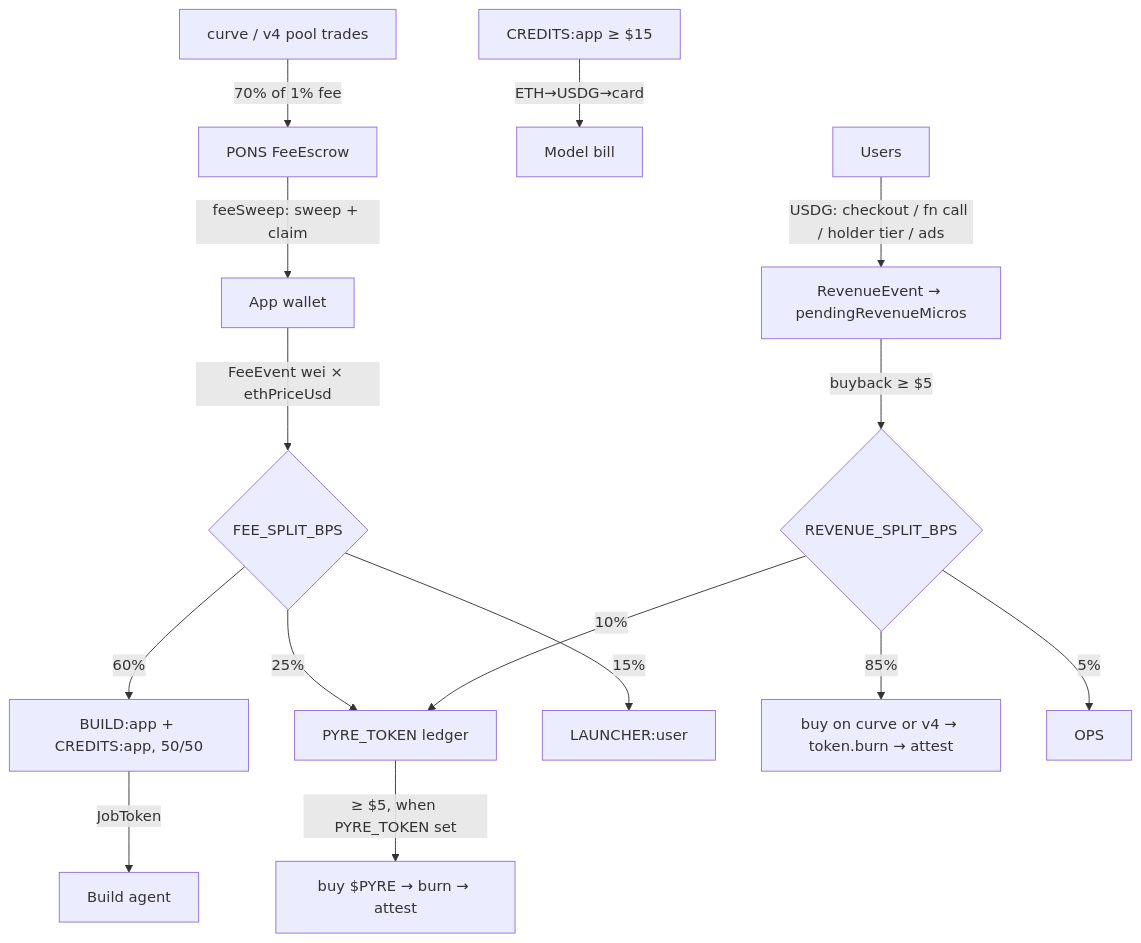
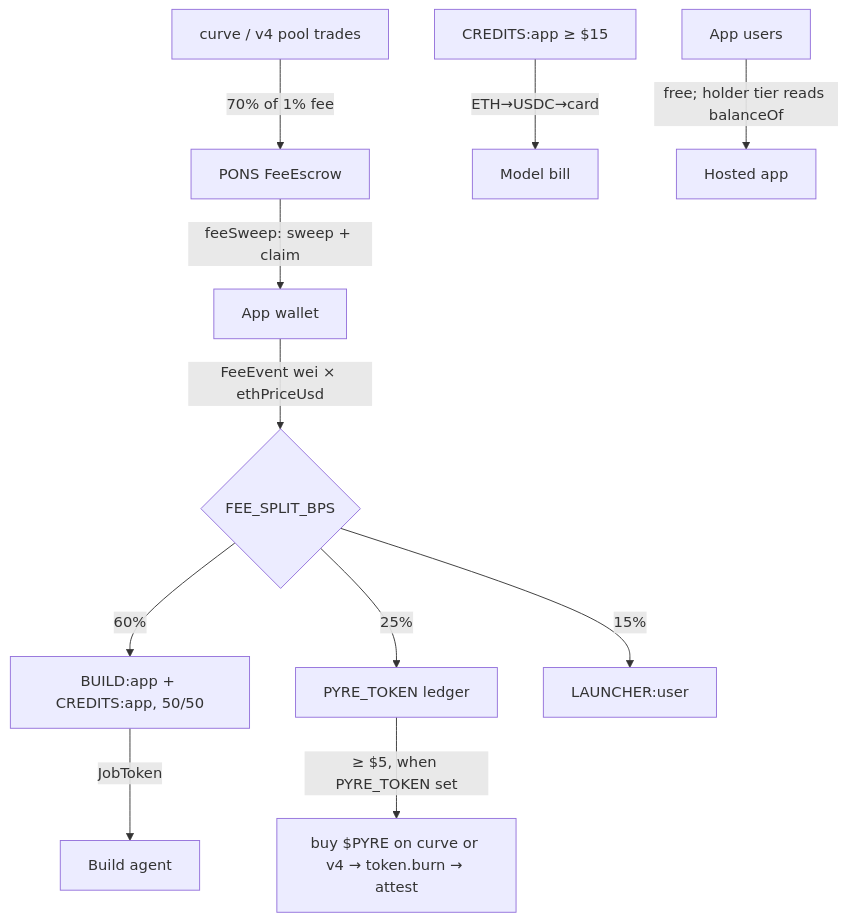
The third of 3 diagrams in docs/architecture.md (realdoomsman/pyre), drawn with Mermaid before and after one commit. The commit also changed other lines of this file and 175 other files, not shown here.

Commit message:
remove app revenue: apps are free, PYRE burns only; Pyre design system for built apps; /_pyre/coins live coin data for apps

````diff
--- a/docs/architecture.md
+++ b/docs/architecture.md
@@ -82,17 +82,13 @@
 ```mermaid
 flowchart TD
   Trades[curve / v4 pool trades] -->|70% of 1% fee| Escrow[PONS FeeEscrow]
   Escrow -->|feeSweep: sweep + claim| AW[App wallet]
   AW -->|FeeEvent wei × ethPriceUsd| Split{FEE_SPLIT_BPS}
   Split -->|60%| Build[BUILD:app + CREDITS:app, 50/50]
   Split -->|25%| PYRE[PYRE_TOKEN ledger]
   Split -->|15%| Launcher[LAUNCHER:user]
   Build -->|JobToken| Agent[Build agent]
-  CREDITS[CREDITS:app ≥ $15] -->|ETH→USDG→card| Model[Model bill]
-  Users -->|USDG: checkout / fn call / holder tier / ads| Rev[RevenueEvent → pendingRevenueMicros]
-  Rev -->|buyback ≥ $5| RSplit{REVENUE_SPLIT_BPS}
-  RSplit -->|85%| Burn[buy on curve or v4 → token.burn → attest]
-  RSplit -->|10%| PYRE
-  RSplit -->|5%| Ops[OPS]
-  PYRE -->|≥ $5, when PYRE_TOKEN set| PBurn[buy $PYRE → burn → attest]
+  CREDITS[CREDITS:app ≥ $15] -->|ETH→USDC→card| Model[Model bill]
+  Users[App users] -->|free; holder tier reads balanceOf| App[Hosted app]
+  PYRE -->|≥ $5, when PYRE_TOKEN set| PBurn[buy $PYRE on curve or v4 → token.burn → attest]
 ```
````
